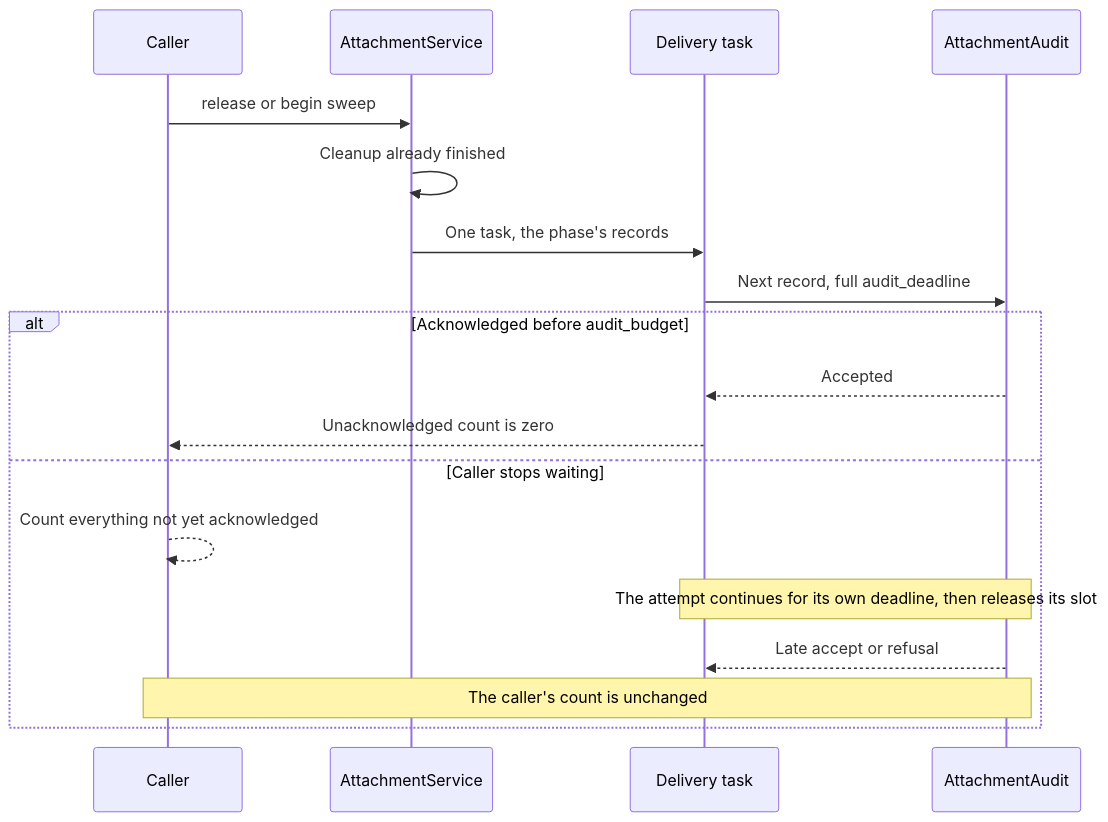
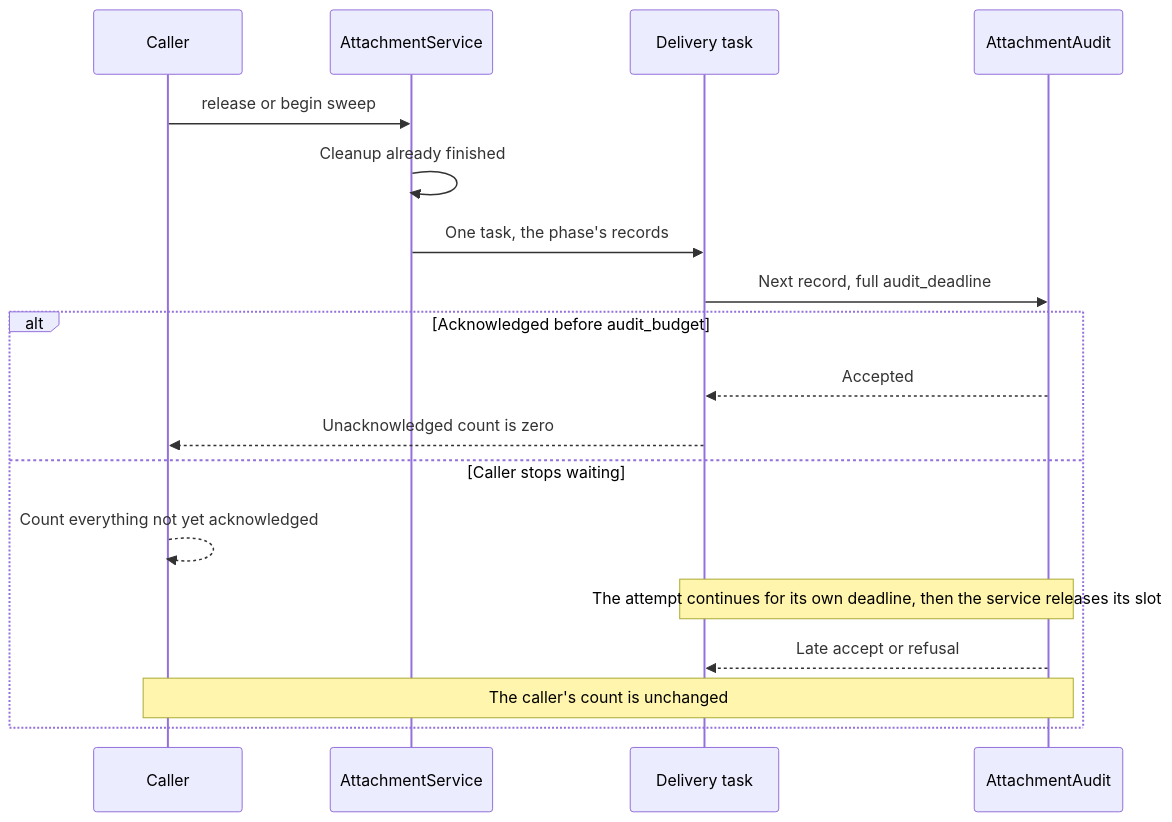
Before and after one commit to nessalabs/nessa-agent: the diagram in docs/design/artifact-sync.md, drawn with Mermaid. The commit also changed other lines of this file and 8 other files, not shown here.

````diff
--- a/docs/design/artifact-sync.md
+++ b/docs/design/artifact-sync.md
@@ -376,20 +377,20 @@
 ```mermaid
 sequenceDiagram
     participant Caller
     participant Service as AttachmentService
     participant Task as Delivery task
     participant Sink as AttachmentAudit
     Caller->>Service: release or begin sweep
     Service->>Service: Cleanup already finished
     Service->>Task: One task, the phase's records
     Task->>Sink: Next record, full audit_deadline
     alt Acknowledged before audit_budget
         Sink-->>Task: Accepted
         Task-->>Caller: Unacknowledged count is zero
     else Caller stops waiting
         Caller-->>Caller: Count everything not yet acknowledged
-        Note over Task,Sink: The attempt continues for its own deadline, then releases its slot
+        Note over Task,Sink: The attempt continues for its own deadline, then the service releases its slot
         Sink-->>Task: Late accept or refusal
         Note over Caller,Sink: The caller's count is unchanged
     end
 ```
````
